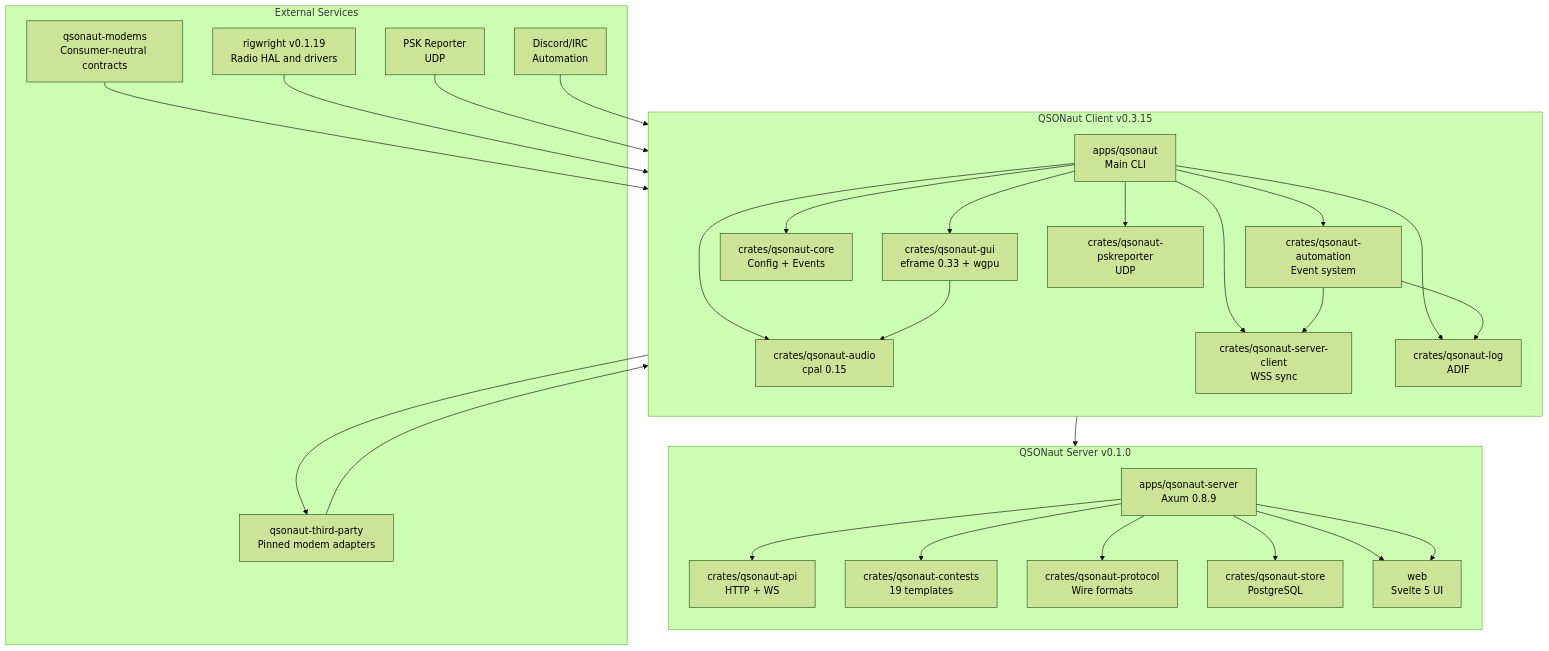
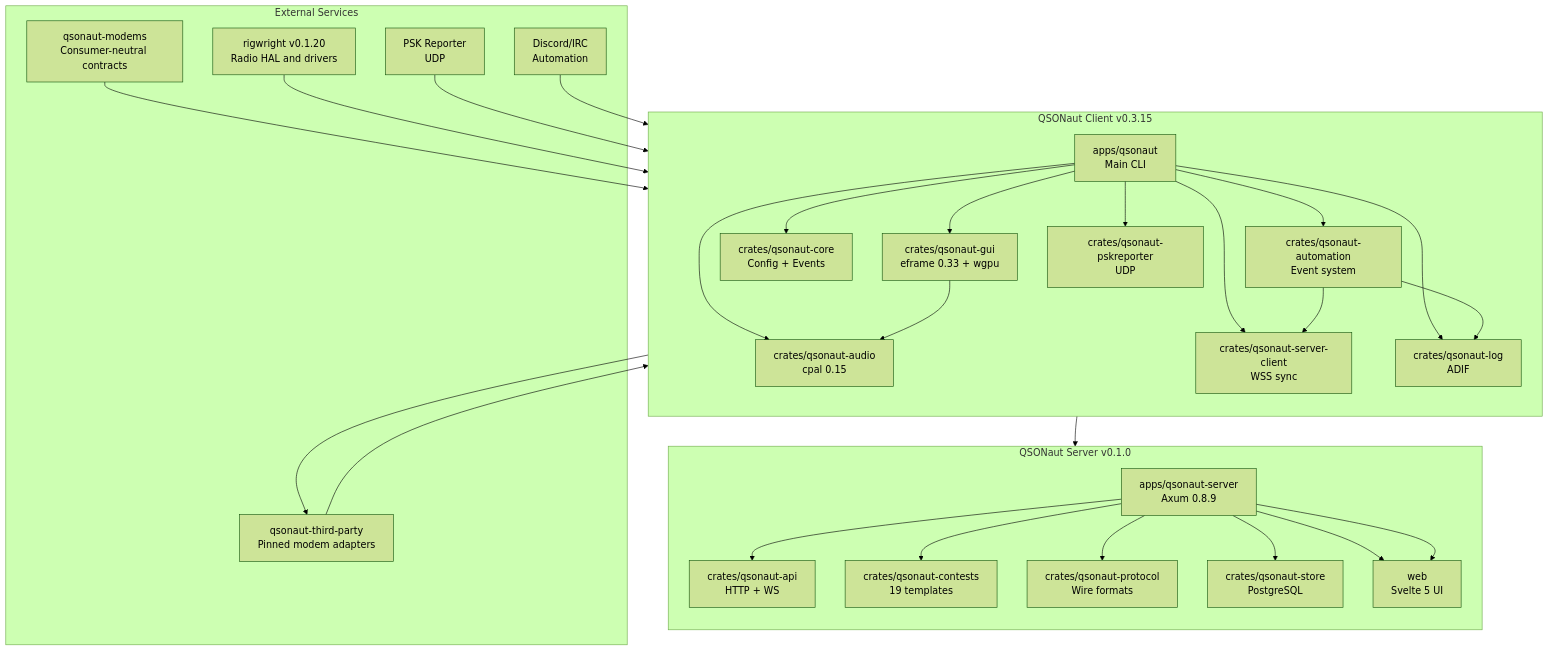
One commit to nicksbar/QSONaut changed the first of 6 diagrams in docs/ARCHITECTURE.md. Above: the diagram before and after it, drawn with Mermaid (forest theme). The commit also changed other lines of this file and 8 other files, not shown here.

````diff
--- a/docs/ARCHITECTURE.md
+++ b/docs/ARCHITECTURE.md
@@ -5,45 +5,45 @@
 ```mermaid
 graph TB
     subgraph QSONaut_Client["QSONaut Client v0.3.15"]
         direction TB
         A[apps/qsonaut<br/>Main CLI]
         A --> B[crates/qsonaut-gui<br/>eframe 0.33 + wgpu]
         A --> C[crates/qsonaut-core<br/>Config + Events]
         A --> F[crates/qsonaut-audio<br/>cpal 0.15]
         A --> G[crates/qsonaut-automation<br/>Event system]
         A --> H[crates/qsonaut-server-client<br/>WSS sync]
         A --> I[crates/qsonaut-log<br/>ADIF]
         A --> J[crates/qsonaut-pskreporter<br/>UDP]
         
         B --> F
         G --> H
         G --> I
     end
     
     subgraph QSONaut_Server["QSONaut Server v0.1.0"]
         direction TB
         K[apps/qsonaut-server<br/>Axum 0.8.9]
         K --> L[crates/qsonaut-api<br/>HTTP + WS]
         K --> M[crates/qsonaut-contests<br/>19 templates]
         K --> N[crates/qsonaut-protocol<br/>Wire formats]
         K --> O[crates/qsonaut-store<br/>PostgreSQL]
         K --> P[web<br/>Svelte 5 UI]
     end
     
     subgraph External["External Services"]
         Q[qsonaut-third-party<br/>Pinned modem adapters]
         U[qsonaut-modems<br/>Consumer-neutral contracts]
-        R[rigwright v0.1.19<br/>Radio HAL and drivers]
+        R[rigwright v0.1.20<br/>Radio HAL and drivers]
         S[PSK Reporter<br/>UDP]
         T[Discord/IRC<br/>Automation]
     end
     
     Q --> B
     U --> B
     F --> Q
     R --> A
     S --> I
     T --> G
     H --> K
     K --> P
 ```
````
